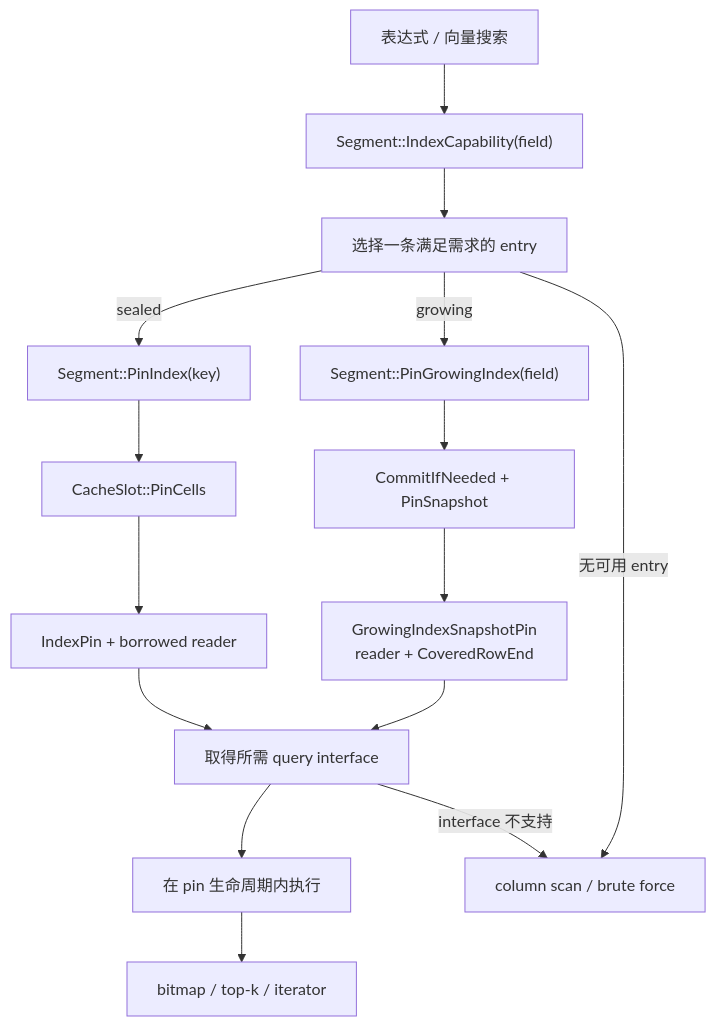
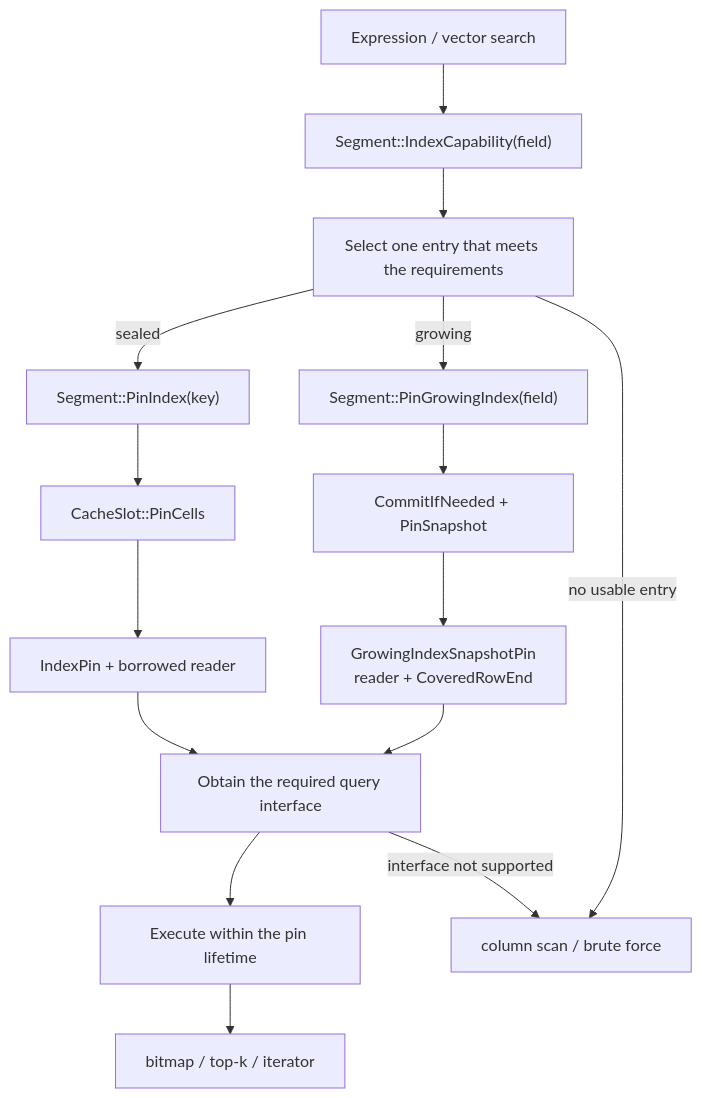
Before and after one commit to milvus-io/milvus: the second of 2 diagrams in internal/core/src/segcore/indexing/README.md, drawn with Mermaid. The commit also changed other lines of this file and 5 other files, not shown here.

````diff
--- a/internal/core/src/segcore/indexing/README.md
+++ b/internal/core/src/segcore/indexing/README.md
@@ -67,21 +70,21 @@
 ```mermaid
 flowchart TB
-    query["表达式 / 向量搜索"] --> caps["Segment::IndexCapability(field)"]
-    caps --> select["选择一条满足需求的 entry"]
+    query["Expression / vector search"] --> caps["Segment::IndexCapability(field)"]
+    caps --> select["Select one entry that meets the requirements"]
 
     select -->|sealed| spin["Segment::PinIndex(key)"]
     spin --> cells["CacheSlot::PinCells"]
     cells --> indexpin["IndexPin + borrowed reader"]
 
     select -->|growing| gpin["Segment::PinGrowingIndex(field)"]
     gpin --> commit["CommitIfNeeded + PinSnapshot"]
     commit --> snapshot["GrowingIndexSnapshotPin<br/>reader + CoveredRowEnd"]
 
-    indexpin --> cast["取得所需 query interface"]
+    indexpin --> cast["Obtain the required query interface"]
     snapshot --> cast
-    cast --> execute["在 pin 生命周期内执行"]
+    cast --> execute["Execute within the pin lifetime"]
     execute --> result["bitmap / top-k / iterator"]
 
-    select -->|无可用 entry| fallback["column scan / brute force"]
-    cast -->|interface 不支持| fallback
+    select -->|no usable entry| fallback["column scan / brute force"]
+    cast -->|interface not supported| fallback
 ```
````
